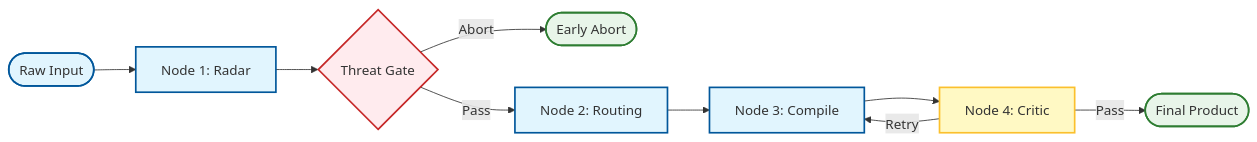
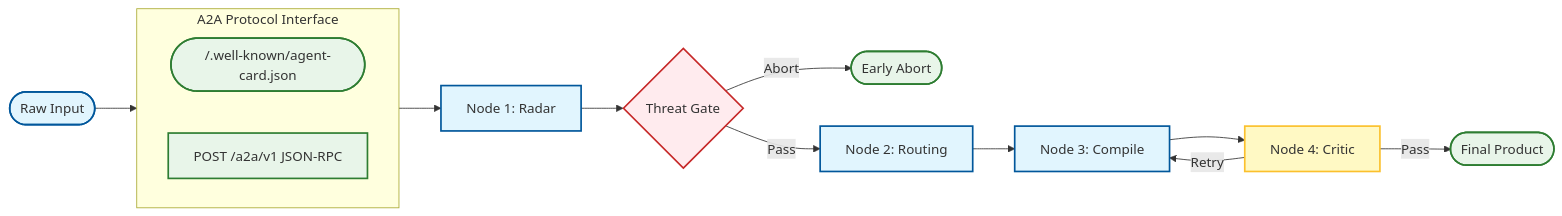
The diagram in README.md (RimmonXIA/Prompt_Polisher), drawn with Mermaid before and after one commit. The commit also changed other lines of this file and 1 other file, not shown here.

Commit message:
feat: add A2A protocol support, documentation, and service mode to READMEs

````diff
--- a/README.md
+++ b/README.md
@@ -26,21 +27,29 @@
 ```mermaid
 graph LR
     classDef node fill:#e1f5fe,stroke:#01579b,stroke-width:2px;
     classDef critic fill:#fff9c4,stroke:#fbc02d,stroke-width:2px;
     classDef gate fill:#ffebee,stroke:#c62828,stroke-width:2px;
     classDef output fill:#e8f5e9,stroke:#2e7d32,stroke-width:2px;
 
-    Raw([Raw Input]) --> Radar[Node 1: Radar]
+    subgraph A2A_Interface [A2A Protocol Interface]
+        direction LR
+        Discovery([/.well-known/agent-card.json])
+        JSONRPC[POST /a2a/v1 JSON-RPC]
+    end
+
+    Raw([Raw Input]) --> JSONRPC
+    JSONRPC --> Radar[Node 1: Radar]
     Radar --> Gate{Threat Gate}
     Gate -->|Abort| Stop([Early Abort])
     Gate -->|Pass| Route[Node 2: Routing]
     Route --> Compile[Node 3: Compile]
     Compile --> Critic[Node 4: Critic]
     Critic -->|Retry| Compile
     Critic -->|Pass| Final([Final Product])
 
     class Radar,Route,Compile node;
     class Critic critic;
     class Gate gate;
     class Stop,Final output;
+    class Discovery,JSONRPC output;
 ```
````
